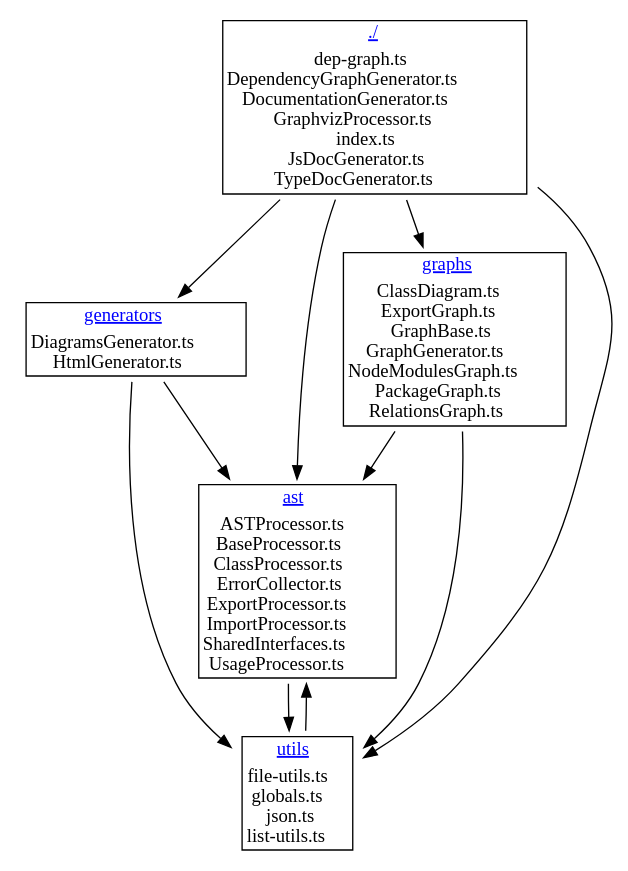
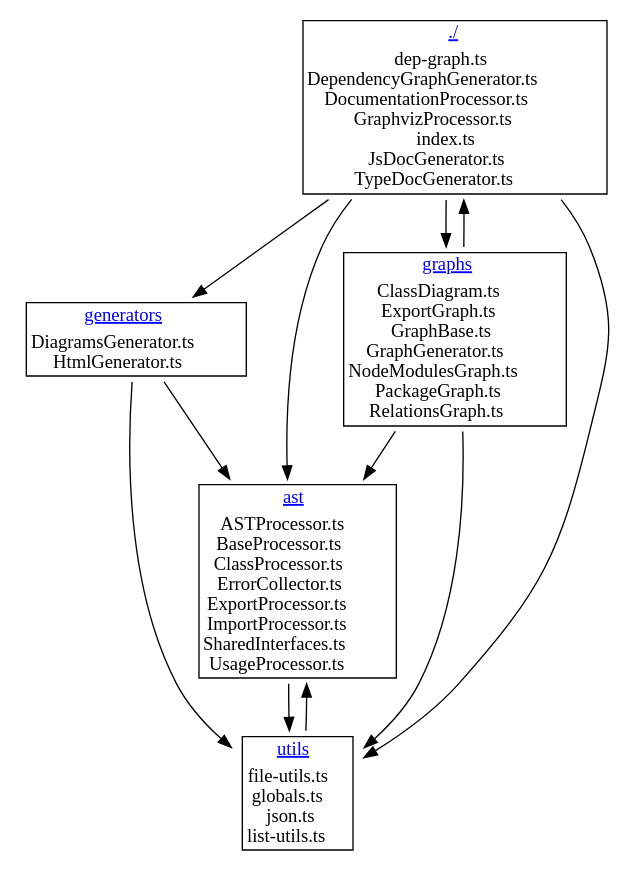
The diagram in dep-graph-ts/Package.dot (fleebe/GitHubPages), drawn with Graphviz before and after one commit. The commit also changed 110 other files, not shown here.

Commit message:
Update docs for dep-graph-ts from fleebe/dep-graph-ts workflow

```diff
--- a/dep-graph-ts/Package.dot
+++ b/dep-graph-ts/Package.dot
@@ -1,66 +1,67 @@
 digraph {label="";
 labelloc="t";
 "" [shape=none, label=<<TABLE cellspacing="0" cellborder="0" align="left">
 <TR><TD ALIGN="center" HREF="diagrams.html#base" TARGET="_top"><U><font color="blue">./</font></U></TD></TR>
 <TR><TD ALIGN="left">
 dep-graph.ts<BR/>
 DependencyGraphGenerator.ts<BR/>
-DocumentationGenerator.ts<BR/>
+DocumentationProcessor.ts<BR/>
 GraphvizProcessor.ts<BR/>
 index.ts<BR/>
 JsDocGenerator.ts<BR/>
 TypeDocGenerator.ts<BR/>
 </TD></TR>
 </TABLE>>];
 "ast" [shape=none, label=<<TABLE cellspacing="0" cellborder="0" align="left">
 <TR><TD ALIGN="center" HREF="diagrams.html#ast" TARGET="_top"><U><font color="blue">ast</font></U></TD></TR>
 <TR><TD ALIGN="left">
 ASTProcessor.ts<BR/>
 BaseProcessor.ts<BR/>
 ClassProcessor.ts<BR/>
 ErrorCollector.ts<BR/>
 ExportProcessor.ts<BR/>
 ImportProcessor.ts<BR/>
 SharedInterfaces.ts<BR/>
 UsageProcessor.ts<BR/>
 </TD></TR>
 </TABLE>>];
 "generators" [shape=none, label=<<TABLE cellspacing="0" cellborder="0" align="left">
 <TR><TD ALIGN="center" HREF="diagrams.html#generators" TARGET="_top"><U><font color="blue">generators</font></U></TD></TR>
 <TR><TD ALIGN="left">
 DiagramsGenerator.ts<BR/>
 HtmlGenerator.ts<BR/>
 </TD></TR>
 </TABLE>>];
 "graphs" [shape=none, label=<<TABLE cellspacing="0" cellborder="0" align="left">
 <TR><TD ALIGN="center" HREF="diagrams.html#graphs" TARGET="_top"><U><font color="blue">graphs</font></U></TD></TR>
 <TR><TD ALIGN="left">
 ClassDiagram.ts<BR/>
 ExportGraph.ts<BR/>
 GraphBase.ts<BR/>
 GraphGenerator.ts<BR/>
 NodeModulesGraph.ts<BR/>
 PackageGraph.ts<BR/>
 RelationsGraph.ts<BR/>
 </TD></TR>
 </TABLE>>];
 "utils" [shape=none, label=<<TABLE cellspacing="0" cellborder="0" align="left">
 <TR><TD ALIGN="center" HREF="diagrams.html#utils" TARGET="_top"><U><font color="blue">utils</font></U></TD></TR>
 <TR><TD ALIGN="left">
 file-utils.ts<BR/>
 globals.ts<BR/>
 json.ts<BR/>
 list-utils.ts<BR/>
 </TD></TR>
 </TABLE>>];
 ""->"generators";
 ""->"utils";
 ""->"graphs";
 ""->"ast";
 "ast"->"utils";
 "generators"->"utils";
 "generators"->"ast";
 "graphs"->"ast";
+"graphs"->"";
 "graphs"->"utils";
 "utils"->"ast";
 }
```
